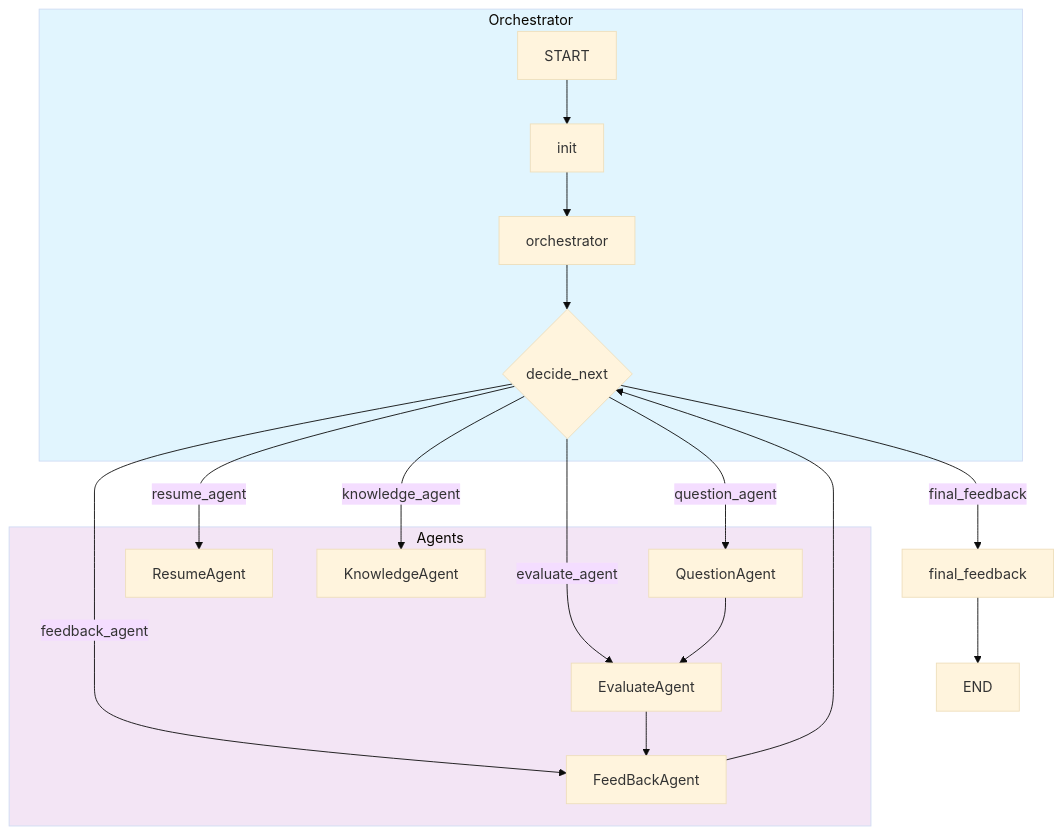
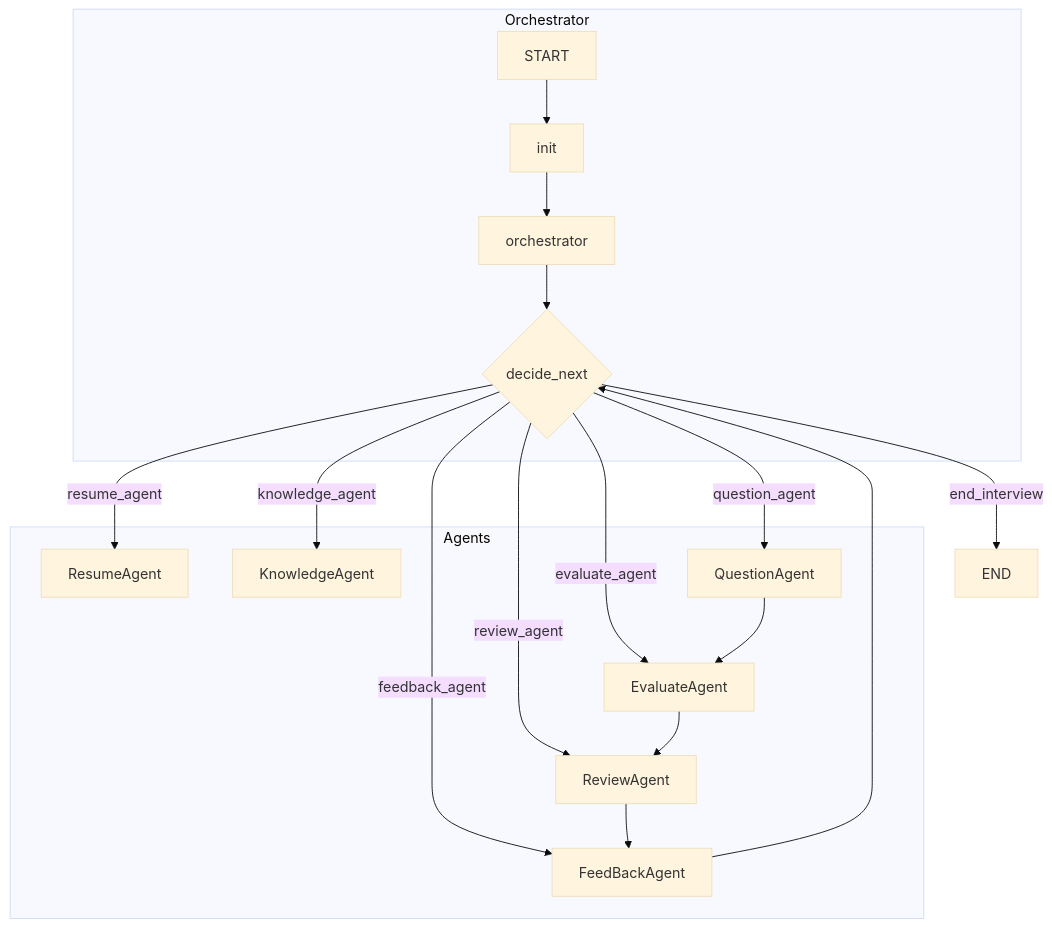
Before and after one commit to SGJki/AI-Interview: the diagram in README.md, drawn with Mermaid (base theme). The commit also changed other lines of this file and 6 other files, not shown here.

````diff
--- a/README.md
+++ b/README.md
@@ -205,26 +255,24 @@
 ```mermaid
 flowchart TB
     subgraph Orchestrator
         A[START] --> B[init]
         B --> C[orchestrator]
         C --> D{decide_next}
     end
 
     subgraph Agents
-        D -->|question_agent| E[QuestionAgent]
-        D -->|resume_agent| F[ResumeAgent]
-        D -->|knowledge_agent| G[KnowledgeAgent]
+        D -->|resume_agent| E[ResumeAgent]
+        D -->|knowledge_agent| F[KnowledgeAgent]
+        D -->|question_agent| G[QuestionAgent]
         D -->|evaluate_agent| H[EvaluateAgent]
-        D -->|feedback_agent| I[FeedBackAgent]
+        D -->|review_agent| I[ReviewAgent]
+        D -->|feedback_agent| J[FeedBackAgent]
     end
 
-    E --> H
+    G --> H
     H --> I
-    I --> D
+    I --> J
+    J --> D
 
-    D -->|final_feedback| J[final_feedback]
-    J --> K[END]
-
-    style Orchestrator fill:#e1f5fe
-    style Agents fill:#f3e5f5
+    D -->|end_interview| K[END]
 ```
````
